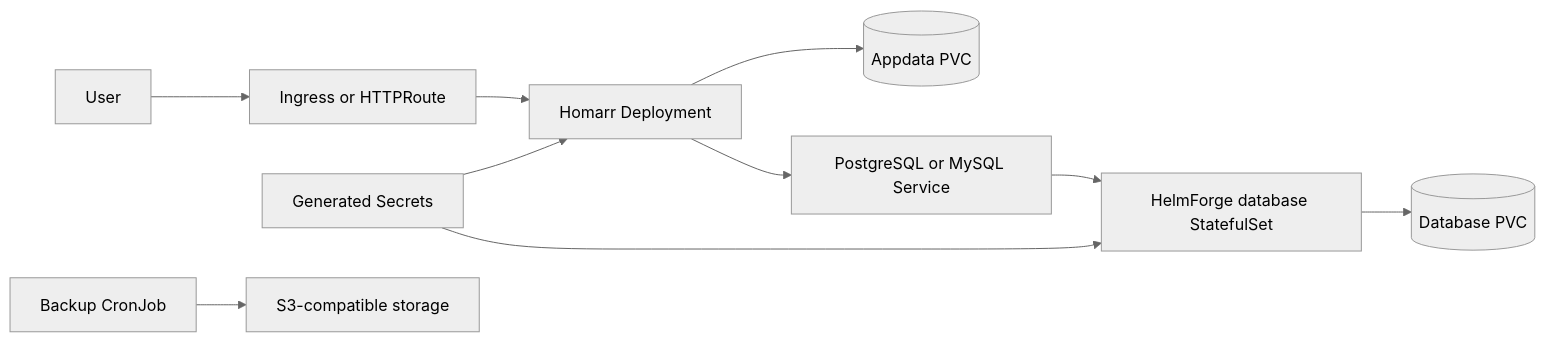
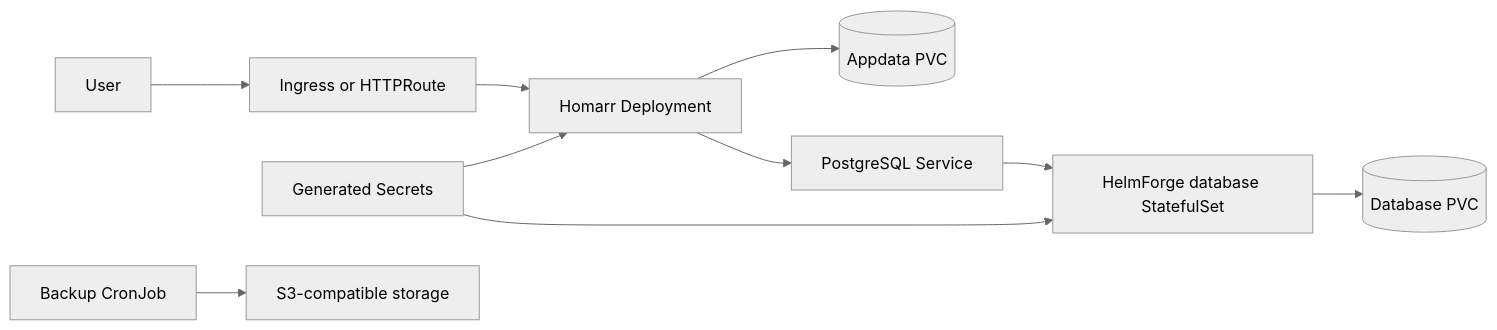
Before and after one commit to helmforgedev/charts: the second of 3 diagrams in charts/homarr/DESIGN.md, drawn with Mermaid (neutral theme). The commit also changed other lines of this file and 19 other files, not shown here.

````diff
--- a/charts/homarr/DESIGN.md
+++ b/charts/homarr/DESIGN.md
@@ -33,12 +32,12 @@
 ```mermaid
 flowchart LR
   user[User] --> edge[Ingress or HTTPRoute]
   edge --> homarr[Homarr Deployment]
   homarr --> appdata[(Appdata PVC)]
-  homarr --> dbsvc[PostgreSQL or MySQL Service]
+  homarr --> dbsvc[PostgreSQL Service]
   dbsvc --> db[HelmForge database StatefulSet]
   db --> dbpvc[(Database PVC)]
   secret[Generated Secrets] --> homarr
   secret --> db
   backup[Backup CronJob] --> s3[S3-compatible storage]
 ```
````
